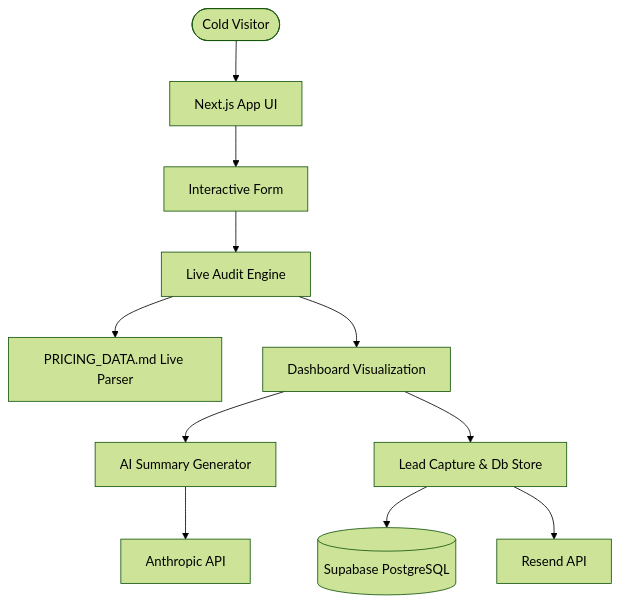
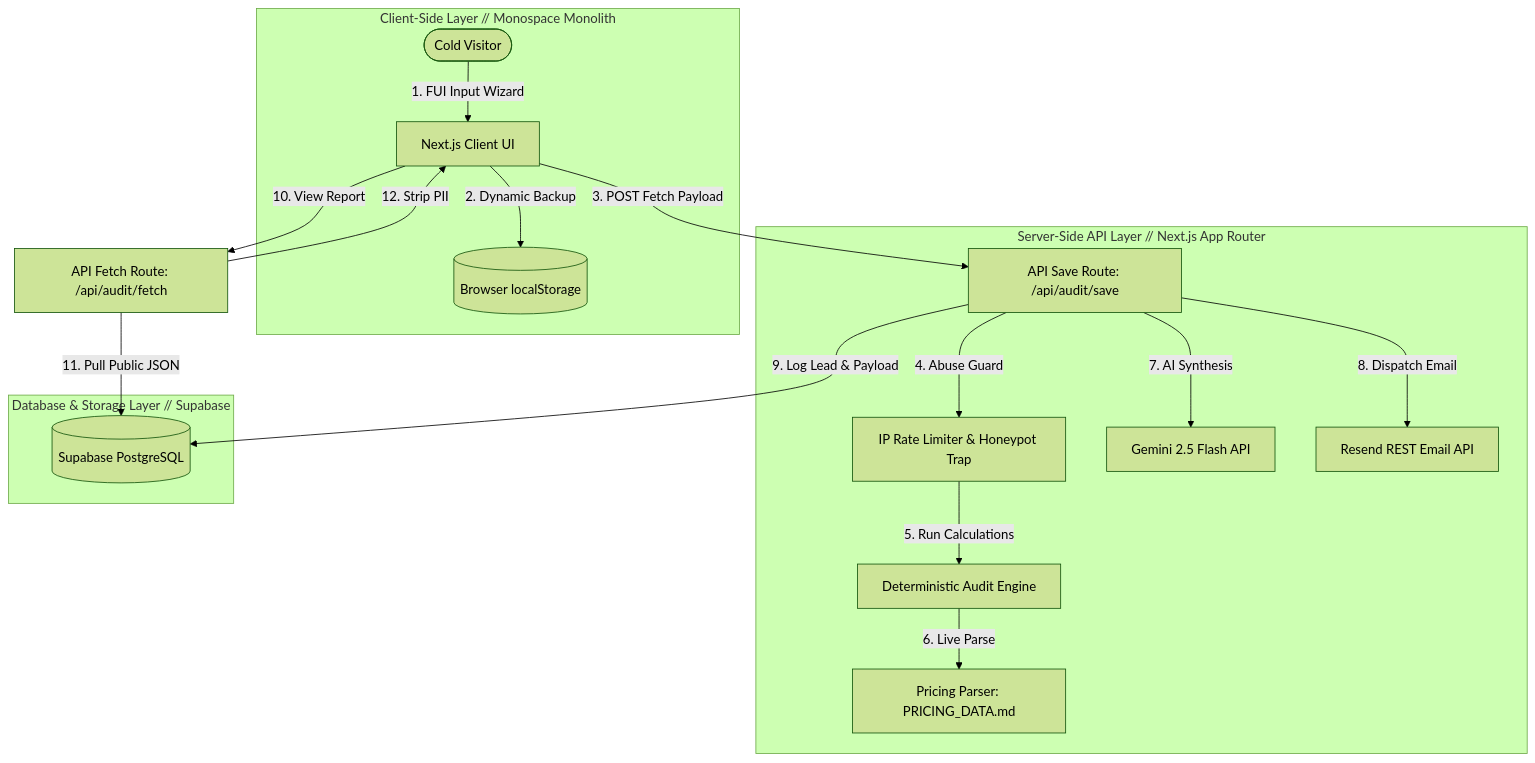
One commit to kaavyaMagesh/credAI changed the diagram in ARCHITECTURE.md. Above: the diagram before and after it, drawn with Mermaid (forest theme). The commit also changed other lines of this file, not shown here.

Commit message:
update architecture md

````diff
--- a/ARCHITECTURE.md
+++ b/ARCHITECTURE.md
@@ -4,13 +11,25 @@
 ```mermaid
 graph TD
-    User([Cold Visitor]) --> UI[Next.js App UI]
-    UI --> InputForm[Interactive Form]
-    InputForm --> Engine[Live Audit Engine]
-    Engine --> MDParser[PRICING_DATA.md Live Parser]
-    Engine --> Results[Dashboard Visualization]
-    Results --> AISummary[AI Summary Generator]
-    AISummary --> Anthropic[Anthropic API]
-    Results --> LeadCapture[Lead Capture & Db Store]
-    LeadCapture --> Supabase[(Supabase PostgreSQL)]
-    LeadCapture --> EmailService[Resend API]
+    subgraph Client [Client-Side Layer // Monospace Monolith]
+        User([Cold Visitor]) -->|1. FUI Input Wizard| UI[Next.js Client UI]
+        UI -->|2. Dynamic Backup| LS[(Browser localStorage)]
+    end
+
+    subgraph Server [Server-Side API Layer // Next.js App Router]
+        UI -->|3. POST Fetch Payload| Route[API Save Route: /api/audit/save]
+        Route -->|4. Abuse Guard| RateLimit[IP Rate Limiter & Honeypot Trap]
+        RateLimit -->|5. Run Calculations| Engine[Deterministic Audit Engine]
+        Engine -->|6. Live Parse| Pricing[Pricing Parser: PRICING_DATA.md]
+        
+        Route -->|7. AI Synthesis| Gemini[Gemini 2.5 Flash API]
+        Route -->|8. Dispatch Email| Resend[Resend REST Email API]
+    end
+
+    subgraph Database [Database & Storage Layer // Supabase]
+        Route -->|9. Log Lead & Payload| Db[(Supabase PostgreSQL)]
+    end
+
+    UI -->|10. View Report| Fetch[API Fetch Route: /api/audit/fetch]
+    Fetch -->|11. Pull Public JSON| Db
+    Fetch -->|12. Strip PII| UI
 ```
````
